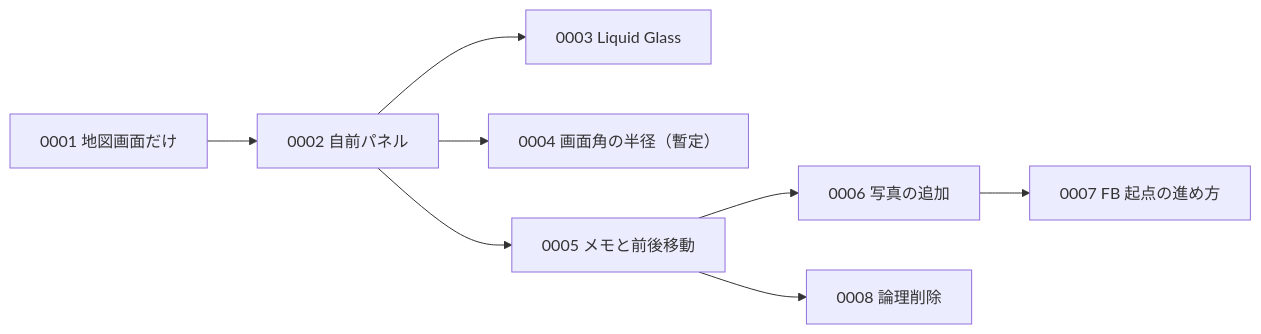
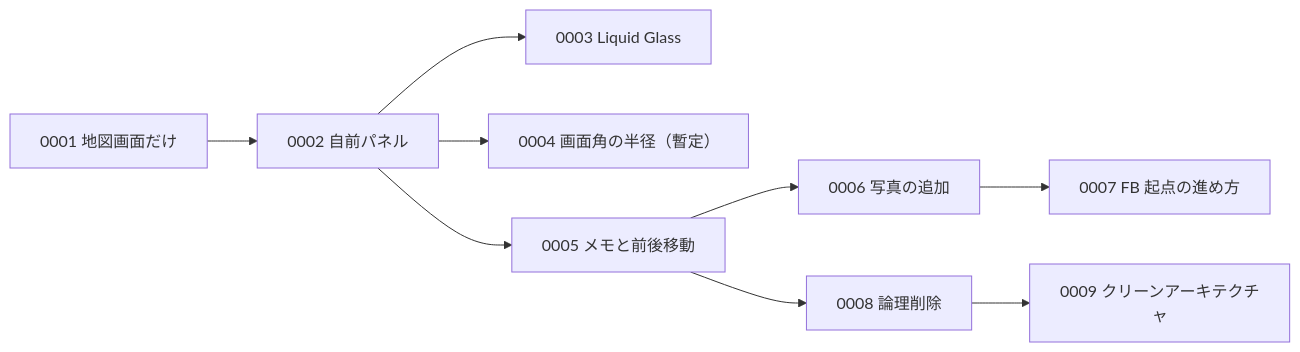
The diagram in docs/adr/README.md (akidon0000/tabi-memo), drawn with Mermaid before and after one commit. The commit also changed other lines of this file and 61 other files, not shown here.

First line of the commit message:
Domain と DataLayer のターゲットを新設し、SwiftLint と構成の規約(ADR 0009・architecture.md)を入れる

````diff
--- a/docs/adr/README.md
+++ b/docs/adr/README.md
@@ -39,10 +40,11 @@
 ```mermaid
 flowchart LR
     0001["0001 地図画面だけ"] --> 0002["0002 自前パネル"]
     0002 --> 0003["0003 Liquid Glass"]
     0002 --> 0004["0004 画面角の半径（暫定）"]
     0002 --> 0005["0005 メモと前後移動"]
     0005 --> 0006["0006 写真の追加"]
     0006 --> 0007["0007 FB 起点の進め方"]
     0005 --> 0008["0008 論理削除"]
+    0008 --> 0009["0009 クリーンアーキテクチャ"]
 ```
````
